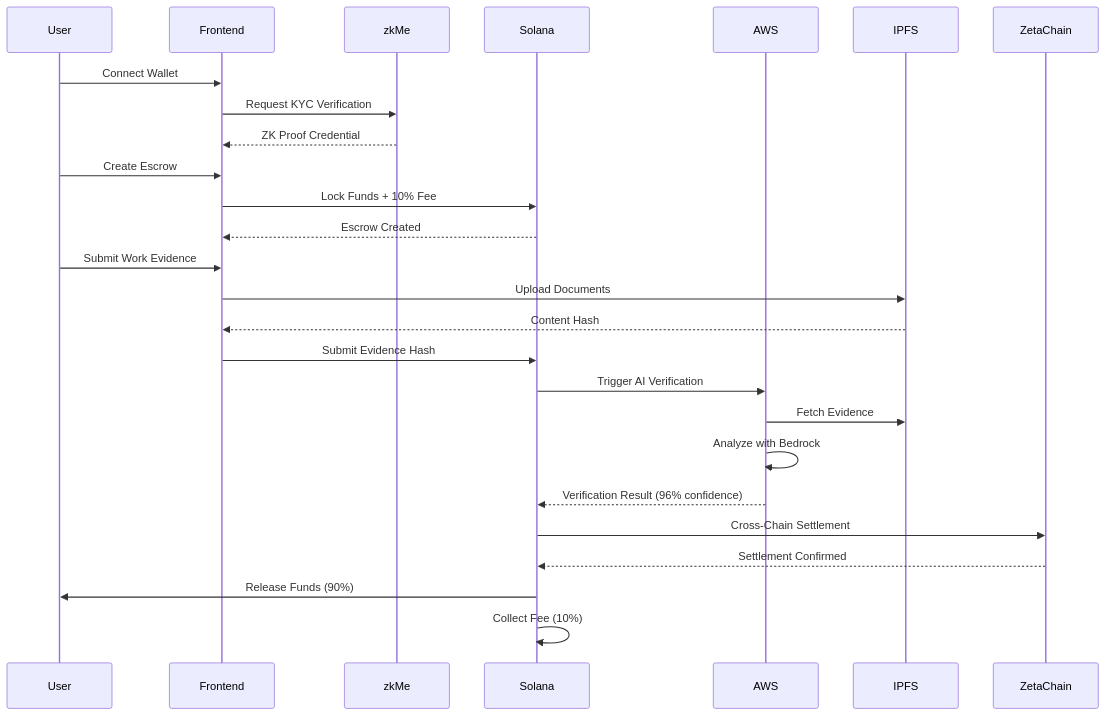
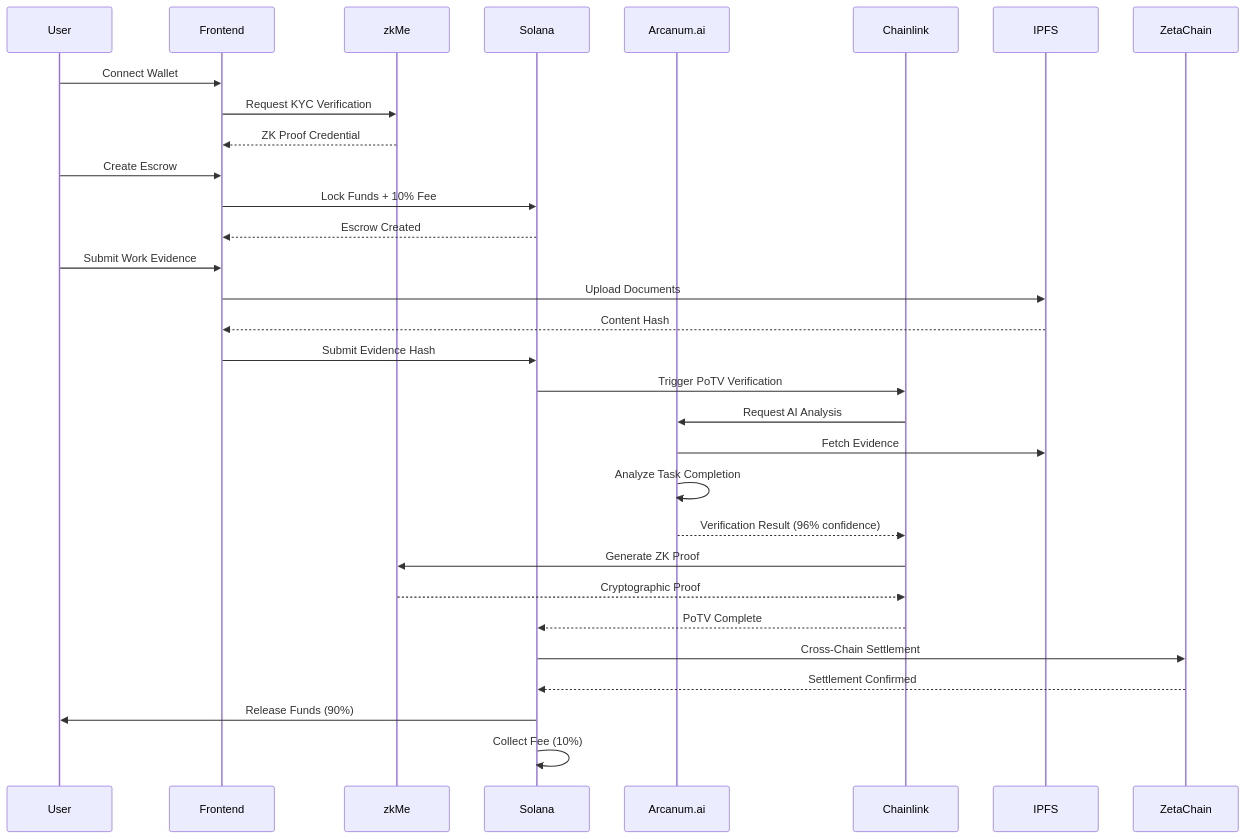
The third of 3 diagrams in partners.mdx (De-real-iManuel/aetherlock-docs), drawn with Mermaid before and after one commit. The commit also changed other lines of this file and 92 other files, not shown here.

Commit message:
Proof-of-Task Verification (PoTV)

````diff
--- a/partners.mdx
+++ b/partners.mdx
@@ -465,34 +615,39 @@
 ```mermaid
 sequenceDiagram
     participant User
     participant Frontend
     participant zkMe
     participant Solana
-    participant AWS
+    participant Arcanum.ai
+    participant Chainlink
     participant IPFS
     participant ZetaChain
     
     User->>Frontend: Connect Wallet
     Frontend->>zkMe: Request KYC Verification
     zkMe-->>Frontend: ZK Proof Credential
     
     User->>Frontend: Create Escrow
     Frontend->>Solana: Lock Funds + 10% Fee
     Solana-->>Frontend: Escrow Created
     
     User->>Frontend: Submit Work Evidence
     Frontend->>IPFS: Upload Documents
     IPFS-->>Frontend: Content Hash
     Frontend->>Solana: Submit Evidence Hash
     
-    Solana->>AWS: Trigger AI Verification
-    AWS->>IPFS: Fetch Evidence
-    AWS->>AWS: Analyze with Bedrock
-    AWS-->>Solana: Verification Result (96% confidence)
+    Solana->>Chainlink: Trigger PoTV Verification
+    Chainlink->>Arcanum.ai: Request AI Analysis
+    Arcanum.ai->>IPFS: Fetch Evidence
+    Arcanum.ai->>Arcanum.ai: Analyze Task Completion
+    Arcanum.ai-->>Chainlink: Verification Result (96% confidence)
+    Chainlink->>zkMe: Generate ZK Proof
+    zkMe-->>Chainlink: Cryptographic Proof
+    Chainlink-->>Solana: PoTV Complete
     
     Solana->>ZetaChain: Cross-Chain Settlement
     ZetaChain-->>Solana: Settlement Confirmed
     
     Solana->>User: Release Funds (90%)
     Solana->>Solana: Collect Fee (10%)
 ```
````
